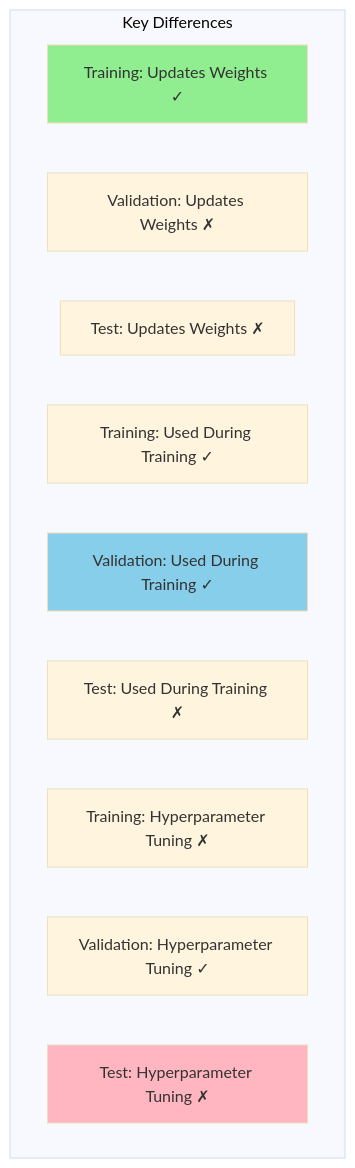
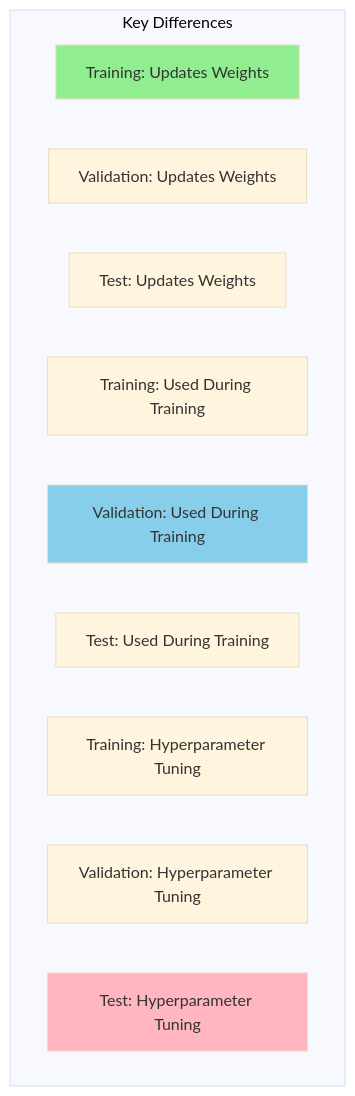
One commit to Vtheonly/Obsidian_Notes changed diagram 16 of 28 in AI/Non Academic/Machine Learning/02. Foundations of Machine Learning.md. Above: the diagram before and after it, drawn with Mermaid (base theme). The commit also changed other lines of this file and 148 other files, not shown here.

````diff
--- a/AI/Non Academic/Machine Learning/02. Foundations of Machine Learning.md
+++ b/AI/Non Academic/Machine Learning/02. Foundations of Machine Learning.md
@@ -538,20 +538,20 @@
 ```mermaid
 flowchart TB
     subgraph Compare["Key Differences"]
-        C1["Training: Updates Weights ✓"]
-        C2["Validation: Updates Weights ✗"]
-        C3["Test: Updates Weights ✗"]
+        C1["Training: Updates Weights "]
+        C2["Validation: Updates Weights "]
+        C3["Test: Updates Weights "]
         
-        C4["Training: Used During Training ✓"]
-        C5["Validation: Used During Training ✓"]
-        C6["Test: Used During Training ✗"]
+        C4["Training: Used During Training "]
+        C5["Validation: Used During Training "]
+        C6["Test: Used During Training "]
         
-        C7["Training: Hyperparameter Tuning ✗"]
-        C8["Validation: Hyperparameter Tuning ✓"]
-        C9["Test: Hyperparameter Tuning ✗"]
+        C7["Training: Hyperparameter Tuning "]
+        C8["Validation: Hyperparameter Tuning "]
+        C9["Test: Hyperparameter Tuning "]
     end
     
     style C1 fill:#90EE90
     style C5 fill:#87CEEB
     style C9 fill:#FFB6C1
 ```
````
